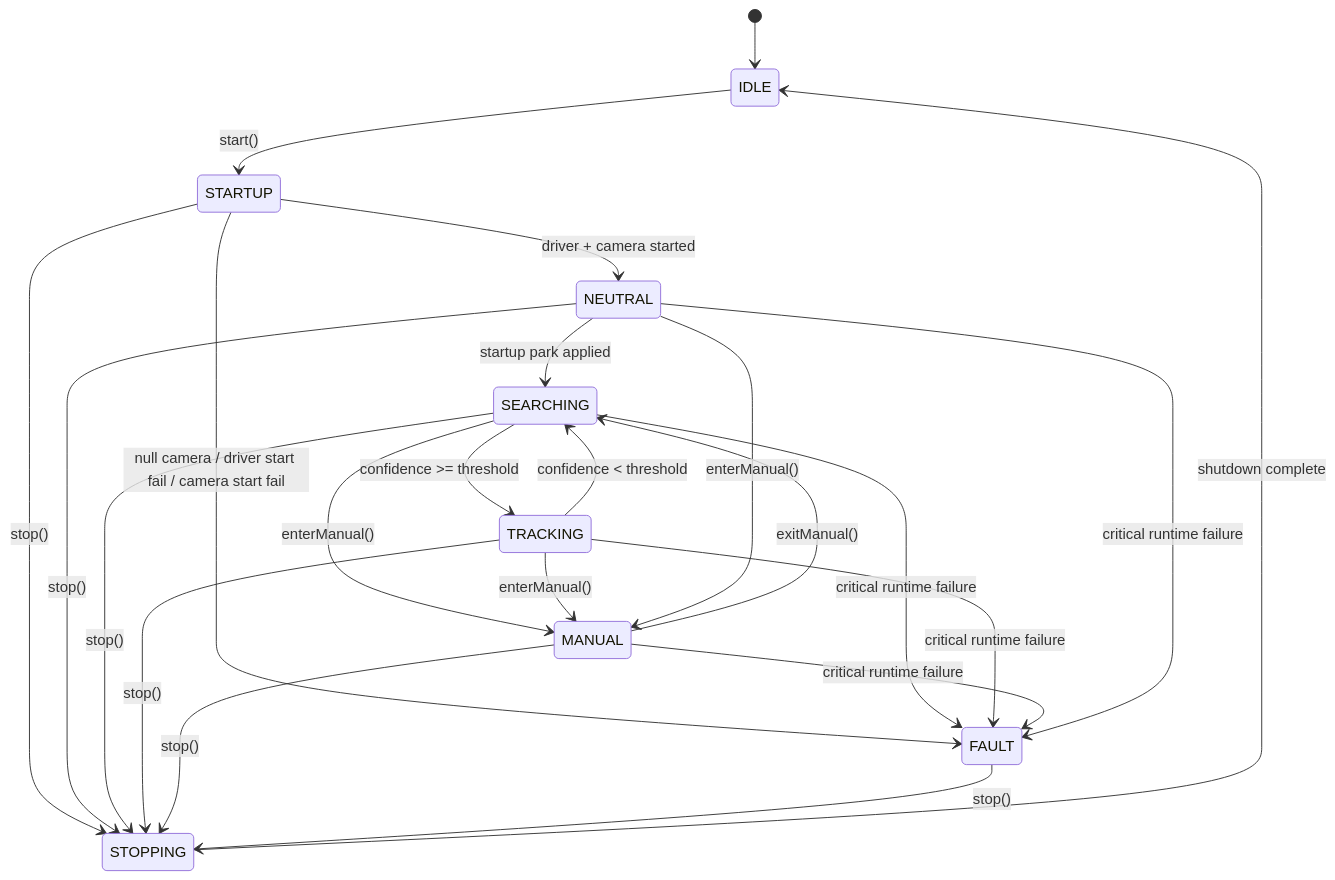
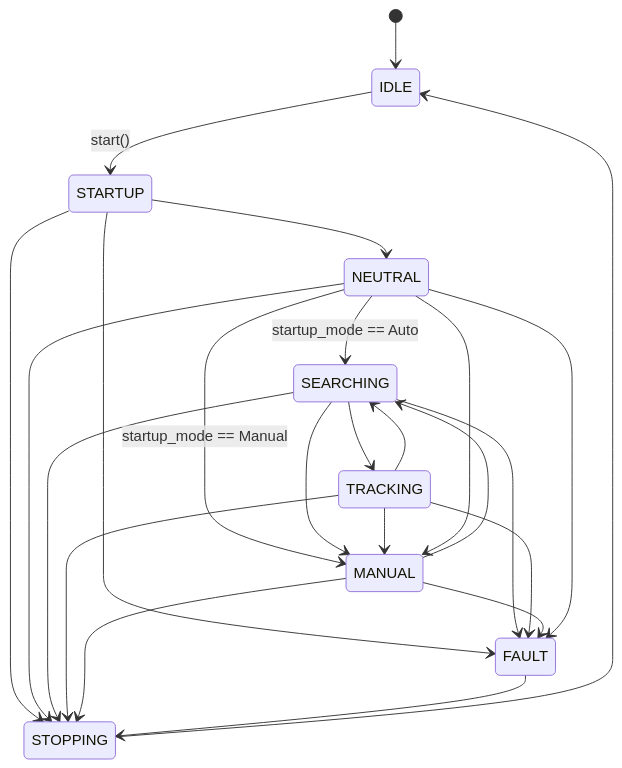
One commit to Real-Time-Stewart-Solar-Tracker/Solar-Stewart-Tracker changed the first of 3 diagrams in docs/state_machine.md. Above: the diagram before and after it, drawn with Mermaid. The commit also changed other lines of this file and 16 other files, not shown here.

Commit message:
docs: update all docs, diagrams, and architecture descriptions to match refactored design

`````diff
--- a/docs/state_machine.md
+++ b/docs/state_machine.md
@@ -156,34 +143,35 @@
 ```mermaid
 stateDiagram-v2
     [*] --> IDLE
 
     IDLE --> STARTUP: start()
 
-    STARTUP --> NEUTRAL: driver + camera started
-    STARTUP --> FAULT: null camera / driver start fail / camera start fail
+    STARTUP --> NEUTRAL
+    STARTUP --> FAULT
 
-    NEUTRAL --> SEARCHING: startup park applied
+    NEUTRAL --> SEARCHING: startup_mode == Auto
+    NEUTRAL --> MANUAL: startup_mode == Manual
 
-    SEARCHING --> TRACKING: confidence >= threshold
-    TRACKING --> SEARCHING: confidence < threshold
+    SEARCHING --> TRACKING
+    TRACKING --> SEARCHING
 
-    SEARCHING --> MANUAL: enterManual()
-    TRACKING --> MANUAL: enterManual()
-    NEUTRAL --> MANUAL: enterManual()
+    SEARCHING --> MANUAL
+    TRACKING --> MANUAL
+    NEUTRAL --> MANUAL
 
-    MANUAL --> SEARCHING: exitManual()
+    MANUAL --> SEARCHING
 
-    SEARCHING --> FAULT: critical runtime failure
-    TRACKING --> FAULT: critical runtime failure
-    MANUAL --> FAULT: critical runtime failure
-    NEUTRAL --> FAULT: critical runtime failure
+    SEARCHING --> FAULT
+    TRACKING --> FAULT
+    MANUAL --> FAULT
+    NEUTRAL --> FAULT
 
-    STARTUP --> STOPPING: stop()
-    NEUTRAL --> STOPPING: stop()
-    SEARCHING --> STOPPING: stop()
-    TRACKING --> STOPPING: stop()
-    MANUAL --> STOPPING: stop()
-    FAULT --> STOPPING: stop()
+    STARTUP --> STOPPING
+    NEUTRAL --> STOPPING
+    SEARCHING --> STOPPING
+    TRACKING --> STOPPING
+    MANUAL --> STOPPING
+    FAULT --> STOPPING
 
-    STOPPING --> IDLE: shutdown complete
-````
+    STOPPING --> IDLE
+```
`````
